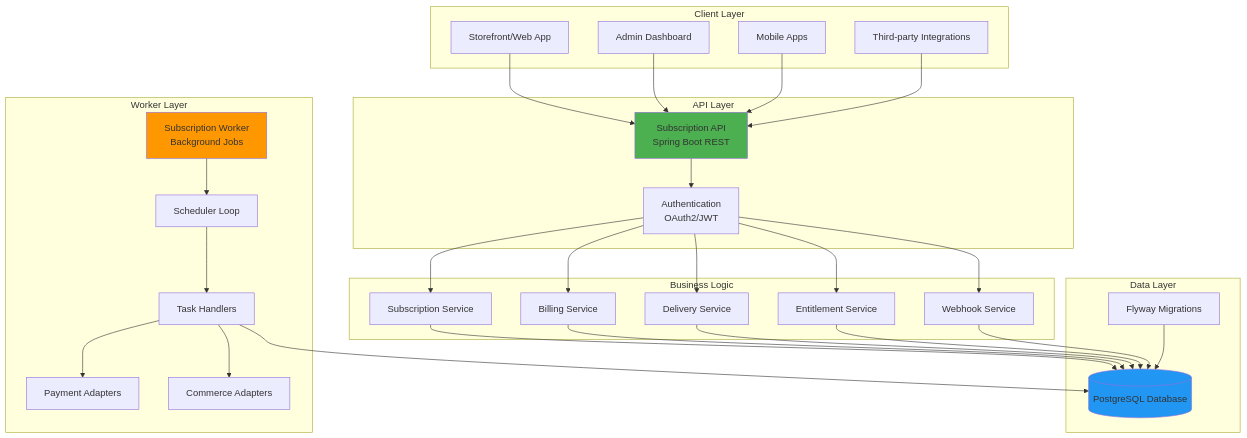
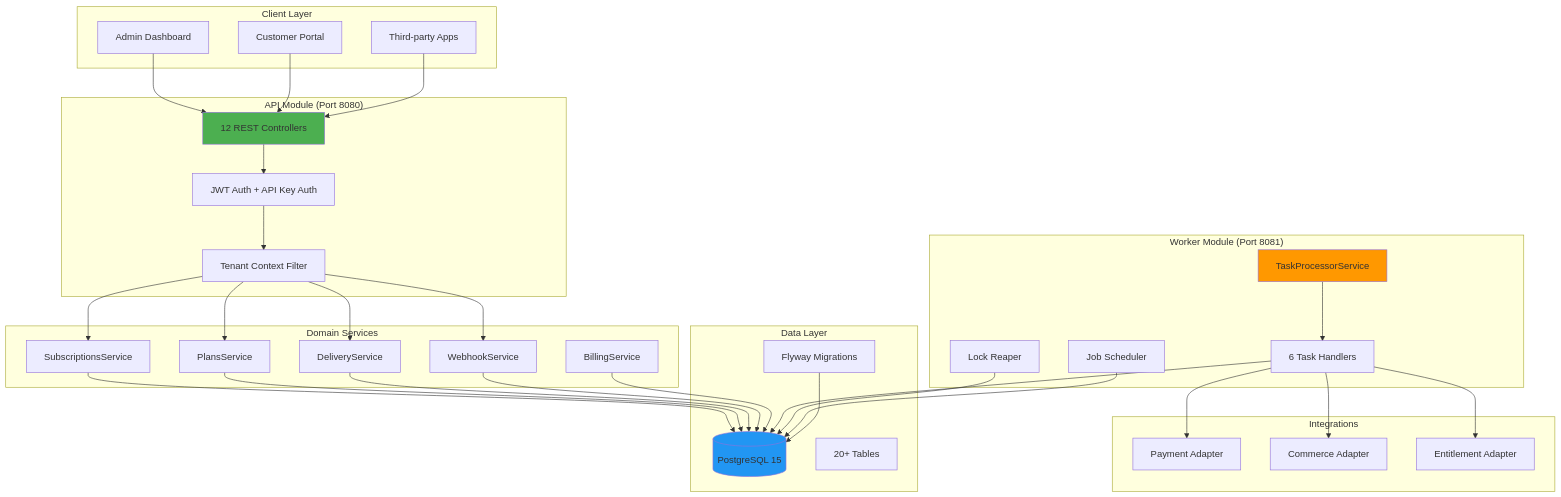
One commit to neeraj-agentic-lab/SubscriptionManager changed the first of 9 diagrams in README.md. Above: the diagram before and after it, drawn with Mermaid. The commit also changed other lines of this file and 190 other files, not shown here.

First line of the commit message:
feat: Update README, optimize startup, separate API/Worker scheduled jobs, update GCP deployment

````diff
--- a/README.md
+++ b/README.md
@@ -103,61 +193,68 @@
 ```mermaid
 graph TB
     subgraph "Client Layer"
-        A[Storefront/Web App]
-        B[Admin Dashboard]
-        C[Mobile Apps]
-        D[Third-party Integrations]
+        A[Admin Dashboard]
+        B[Customer Portal]
+        C[Third-party Apps]
     end
     
-    subgraph "API Layer"
-        E[Subscription API<br/>Spring Boot REST]
-        F[Authentication<br/>OAuth2/JWT]
+    subgraph "API Module (Port 8080)"
+        E[12 REST Controllers]
+        F[JWT Auth + API Key Auth]
+        G[Tenant Context Filter]
     end
     
-    subgraph "Business Logic"
-        G[Subscription Service]
-        H[Billing Service]
-        I[Delivery Service]
-        J[Entitlement Service]
-        K[Webhook Service]
+    subgraph "Domain Services"
+        H[SubscriptionsService]
+        I[PlansService]
+        J[DeliveryService]
+        K[WebhookService]
+        L[BillingService]
+    end
+    
+    subgraph "Worker Module (Port 8081)"
+        M[TaskProcessorService]
+        N[6 Task Handlers]
+        O[Lock Reaper]
+        P[Job Scheduler]
     end
     
     subgraph "Data Layer"
-        L[(PostgreSQL Database)]
-        M[Flyway Migrations]
+        Q[(PostgreSQL 15)]
+        R[20+ Tables]
+        S[Flyway Migrations]
     end
     
-    subgraph "Worker Layer"
-        N[Subscription Worker<br/>Background Jobs]
-        O[Scheduler Loop]
-        P[Task Handlers]
-        Q[Payment Adapters]
-        R[Commerce Adapters]
+    subgraph "Integrations"
+        T[Payment Adapter]
+        U[Commerce Adapter]
+        V[Entitlement Adapter]
     end
     
     A --> E
     B --> E
     C --> E
-    D --> E
     E --> F
     F --> G
-    F --> H
-    F --> I
-    F --> J
-    F --> K
-    G --> L
-    H --> L
-    I --> L
-    J --> L
-    K --> L
-    M --> L
-    N --> O
-    O --> P
+    G --> H
+    G --> I
+    G --> J
+    G --> K
+    H --> Q
+    I --> Q
+    J --> Q
+    K --> Q
+    L --> Q
+    M --> N
+    N --> T
+    N --> U
+    N --> V
+    N --> Q
+    O --> Q
     P --> Q
-    P --> R
-    P --> L
+    S --> Q
     
     style E fill:#4CAF50
-    style L fill:#2196F3
-    style N fill:#FF9800
+    style M fill:#FF9800
+    style Q fill:#2196F3
 ```
````
